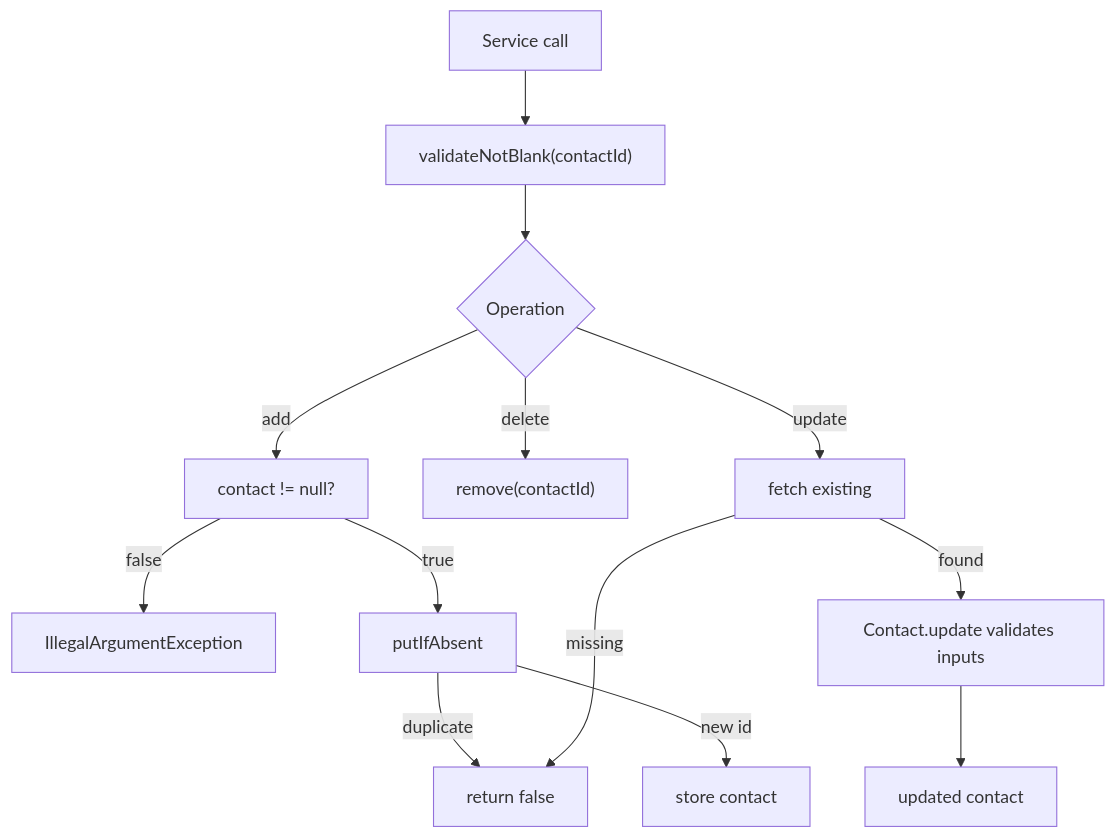
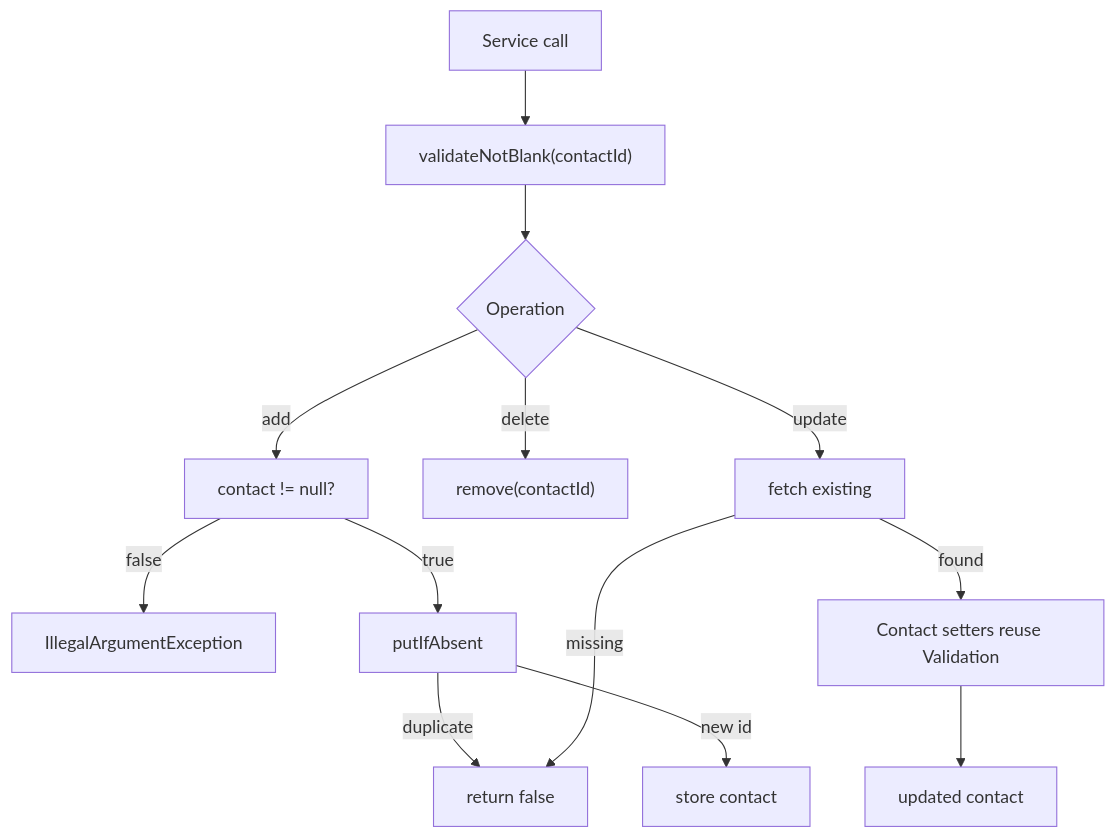
Before and after one commit to jguida941/contact-suite-spring-react: the third of 9 diagrams in README.md, drawn with Mermaid. The commit also changed other lines of this file, not shown here.

````diff
--- a/README.md
+++ b/README.md
@@ -191,15 +190,15 @@
 ```mermaid
 graph TD
     A[Service call] --> B["validateNotBlank(contactId)"]
     B --> C{Operation}
     C -->|add| D["contact != null?"]
     D -->|false| X[IllegalArgumentException]
     D -->|true| E[putIfAbsent]
     E -->|duplicate| F[return false]
     E -->|new id| G[store contact]
     C -->|delete| H["remove(contactId)"]
     C -->|update| I[fetch existing]
     I -->|missing| F
-    I -->|found| J[Contact.update validates inputs]
+    I -->|found| J[Contact setters reuse Validation]
     J --> K[updated contact]
 ```
````
